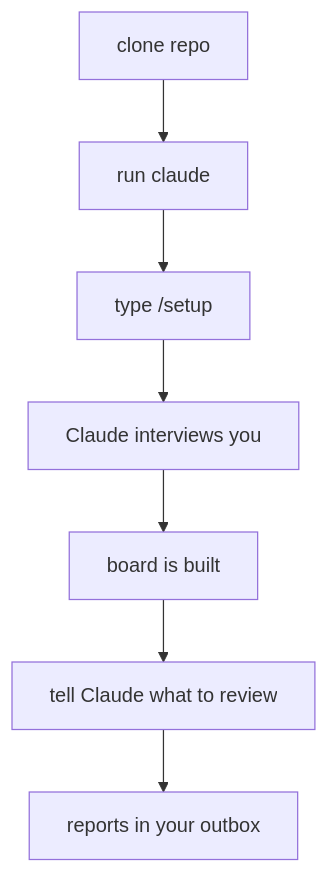
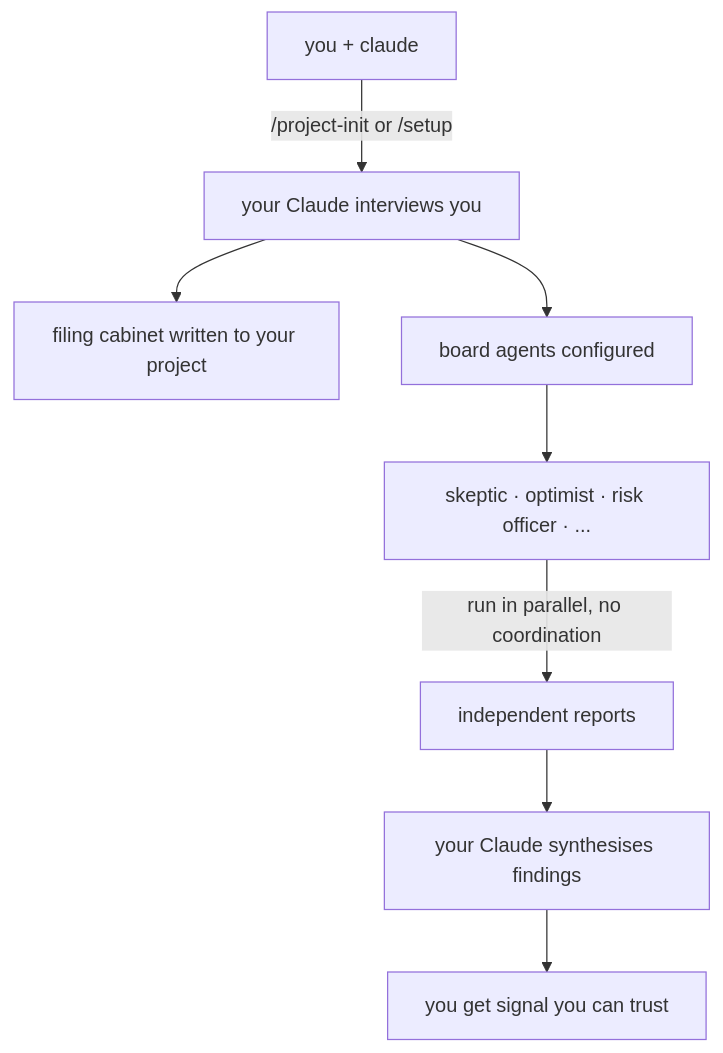
The diagram in README.md (stefans71/FrontierBoard), drawn with Mermaid before and after one commit. The commit also changed other lines of this file, not shown here.

````diff
--- a/README.md
+++ b/README.md
@@ -9,9 +88,10 @@
 ```mermaid
 graph TD
-    A[clone repo] --> B[run claude]
-    B --> C[type /setup]
-    C --> D[Claude interviews you]
-    D --> E[board is built]
-    E --> F[tell Claude what to review]
-    F --> G[reports in your outbox]
+    A[you + claude] -->|/project-init or /setup| B[your Claude interviews you]
+    B --> C[filing cabinet written to your project]
+    B --> D[board agents configured]
+    D --> E[skeptic · optimist · risk officer · ...]
+    E -->|run in parallel, no coordination| F[independent reports]
+    F --> G[your Claude synthesises findings]
+    G --> H[you get signal you can trust]
 ```
````
